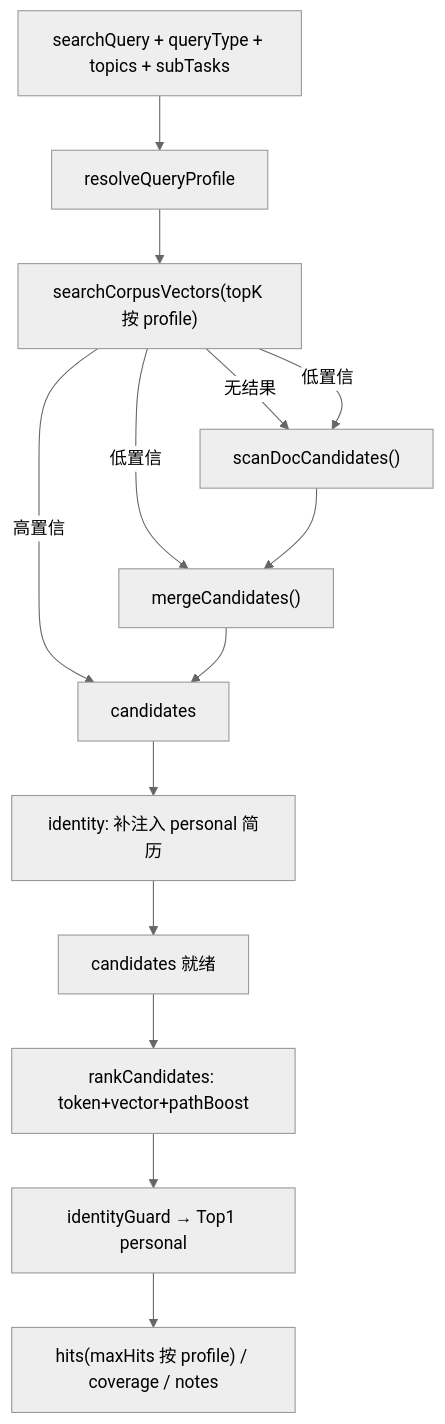
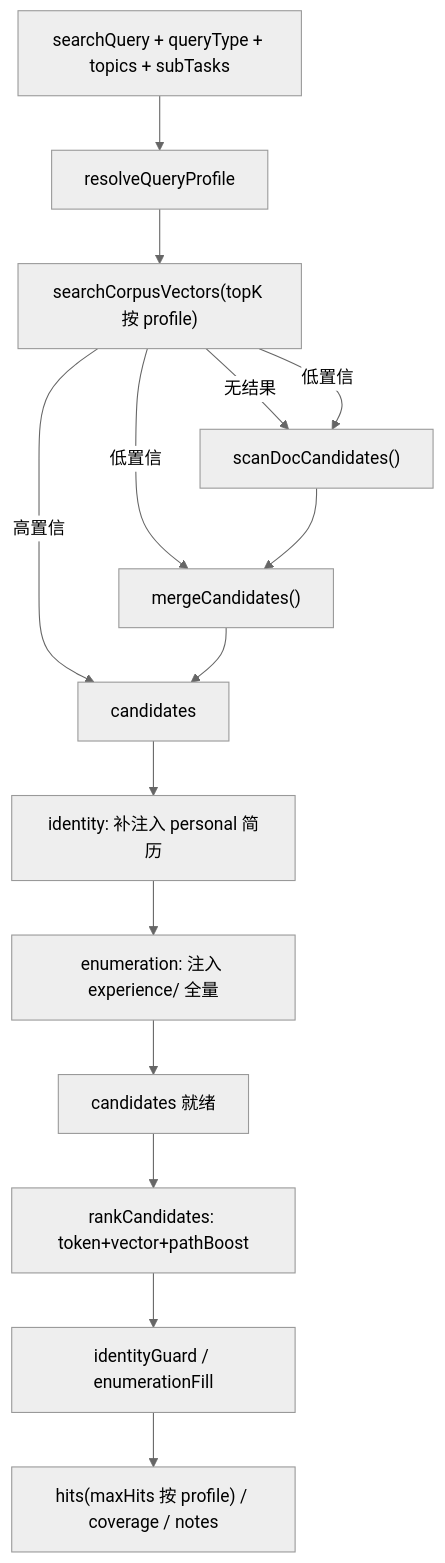
Before and after one commit to panzhanfei/fambrain-agents: the fifth of 11 diagrams in docs/02-agent-flows.md, drawn with Mermaid (neutral theme). The commit also changed other lines of this file and 7 other files, not shown here.

````diff
--- a/docs/02-agent-flows.md
+++ b/docs/02-agent-flows.md
@@ -157,16 +157,17 @@
 ```mermaid
 flowchart TD
   IN["searchQuery + queryType + topics + subTasks"] --> PROFILE["resolveQueryProfile"]
   PROFILE --> VEC["searchCorpusVectors(topK 按 profile)"]
   VEC -->|无结果| SCAN["scanDocCandidates()"]
   VEC -->|低置信| SCAN
   VEC -->|低置信| MERGE["mergeCandidates()"]
   SCAN --> MERGE
   VEC -->|高置信| RAW[candidates]
   MERGE --> RAW
   RAW --> IDINJ["identity: 补注入 personal 简历"]
-  IDINJ --> CAND[candidates 就绪]
+  IDINJ --> ENUMINJ["enumeration: 注入 experience/ 全量"]
+  ENUMINJ --> CAND[candidates 就绪]
   CAND --> RULE["rankCandidates: token+vector+pathBoost"]
-  RULE --> GUARD["identityGuard → Top1 personal"]
+  RULE --> GUARD["identityGuard / enumerationFill"]
   GUARD --> OUT["hits(maxHits 按 profile) / coverage / notes"]
 ```
````
